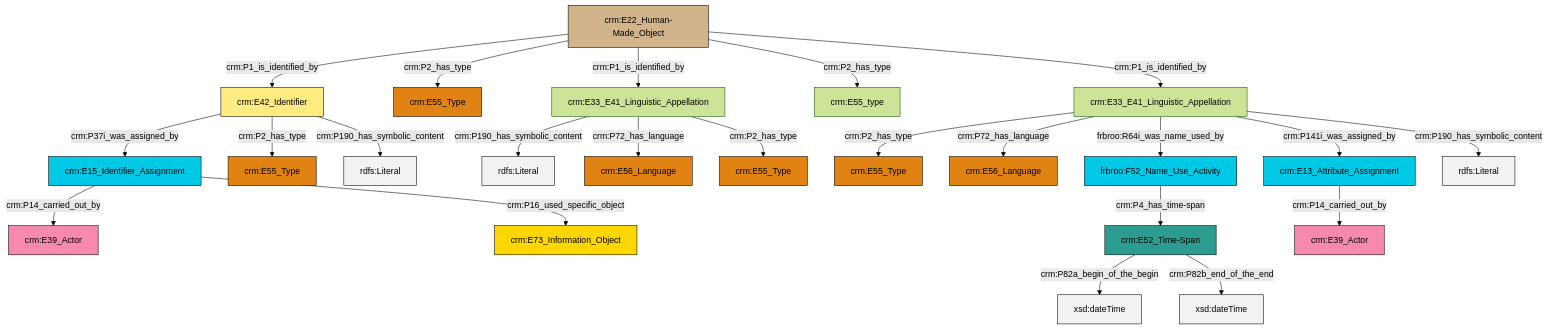
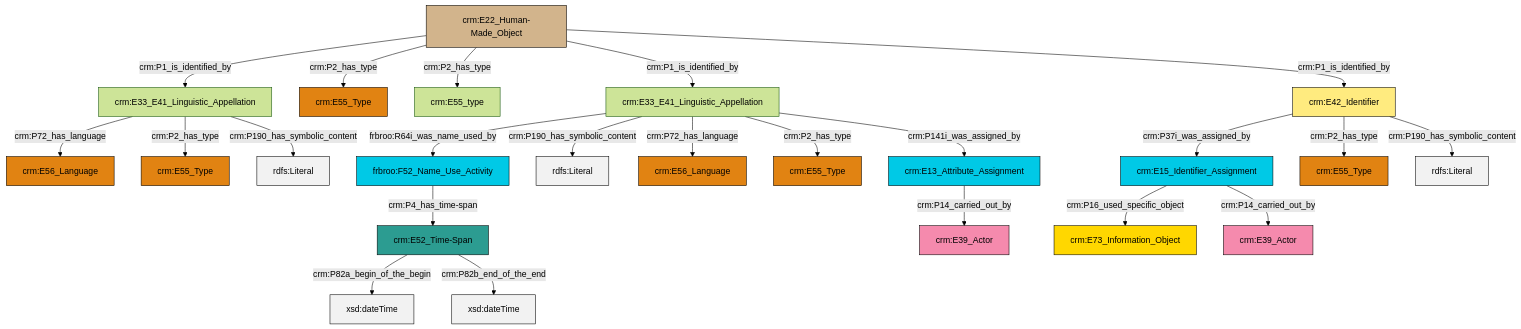
The diagram in et/artworkCSV/ttl/mmd/Artwork_Name.ttl.mmd (swiss-art-research-net/reference-data-models), drawn with Mermaid (forest theme) before and after one commit. The commit also changed 127 other files, not shown here.

```diff
--- a/et/artworkCSV/ttl/mmd/Artwork_Name.ttl.mmd
+++ b/et/artworkCSV/ttl/mmd/Artwork_Name.ttl.mmd
@@ -1,37 +1,37 @@
 graph TD
 classDef Literal fill:#f2f2f2,stroke:#000000;
 classDef CRM_Entity fill:#FFFFFF,stroke:#000000;
 classDef Temporal_Entity fill:#00C9E6, stroke:#000000;
 classDef Type fill:#E18312, stroke:#000000;
 classDef Time-Span fill:#2C9C91, stroke:#000000;
 classDef Appellation fill:#FFEB7F, stroke:#000000;
 classDef Place fill:#008836, stroke:#000000;
 classDef Persistent_Item fill:#B266B2, stroke:#000000;
 classDef Conceptual_Object fill:#FFD700, stroke:#000000;
 classDef Physical_Thing fill:#D2B48C, stroke:#000000;
 classDef Actor fill:#f58aad, stroke:#000000;
 classDef PC_Classes fill:#4ce600, stroke:#000000;
 classDef Multi fill:#cccccc,stroke:#000000;
 
 0["crm:E52_Time-Span"]:::Time-Span -->|crm:P82a_begin_of_the_begin| 1[xsd:dateTime]:::Literal
-8["frbroo:F52_Name_Use_Activity"]:::Temporal_Entity -->|crm:P4_has_time-span| 0["crm:E52_Time-Span"]:::Time-Span
-11["crm:E42_Identifier"]:::Appellation -->|crm:P37i_was_assigned_by| 12["crm:E15_Identifier_Assignment"]:::Temporal_Entity
-13["crm:E22_Human-Made_Object"]:::Physical_Thing -->|crm:P1_is_identified_by| 11["crm:E42_Identifier"]:::Appellation
-13["crm:E22_Human-Made_Object"]:::Physical_Thing -->|crm:P2_has_type| 14["crm:E55_Type"]:::Type
-15["crm:E33_E41_Linguistic_Appellation"]:::Default -->|crm:P190_has_symbolic_content| 16[rdfs:Literal]:::Literal
-17["crm:E33_E41_Linguistic_Appellation"]:::Default -->|crm:P2_has_type| 18["crm:E55_Type"]:::Type
-11["crm:E42_Identifier"]:::Appellation -->|crm:P2_has_type| 20["crm:E55_Type"]:::Type
-0["crm:E52_Time-Span"]:::Time-Span -->|crm:P82b_end_of_the_end| 26[xsd:dateTime]:::Literal
-15["crm:E33_E41_Linguistic_Appellation"]:::Default -->|crm:P72_has_language| 6["crm:E56_Language"]:::Type
-13["crm:E22_Human-Made_Object"]:::Physical_Thing -->|crm:P1_is_identified_by| 15["crm:E33_E41_Linguistic_Appellation"]:::Default
-17["crm:E33_E41_Linguistic_Appellation"]:::Default -->|crm:P72_has_language| 21["crm:E56_Language"]:::Type
-11["crm:E42_Identifier"]:::Appellation -->|crm:P190_has_symbolic_content| 28[rdfs:Literal]:::Literal
-13["crm:E22_Human-Made_Object"]:::Physical_Thing -->|crm:P2_has_type| 29["crm:E55_type"]:::Default
-17["crm:E33_E41_Linguistic_Appellation"]:::Default -->|frbroo:R64i_was_name_used_by| 8["frbroo:F52_Name_Use_Activity"]:::Temporal_Entity
-15["crm:E33_E41_Linguistic_Appellation"]:::Default -->|crm:P2_has_type| 23["crm:E55_Type"]:::Type
-17["crm:E33_E41_Linguistic_Appellation"]:::Default -->|crm:P141i_was_assigned_by| 2["crm:E13_Attribute_Assignment"]:::Temporal_Entity
-12["crm:E15_Identifier_Assignment"]:::Temporal_Entity -->|crm:P14_carried_out_by| 4["crm:E39_Actor"]:::Actor
-13["crm:E22_Human-Made_Object"]:::Physical_Thing -->|crm:P1_is_identified_by| 17["crm:E33_E41_Linguistic_Appellation"]:::Default
-2["crm:E13_Attribute_Assignment"]:::Temporal_Entity -->|crm:P14_carried_out_by| 38["crm:E39_Actor"]:::Actor
-17["crm:E33_E41_Linguistic_Appellation"]:::Default -->|crm:P190_has_symbolic_content| 39[rdfs:Literal]:::Literal
-12["crm:E15_Identifier_Assignment"]:::Temporal_Entity -->|crm:P16_used_specific_object| 9["crm:E73_Information_Object"]:::Conceptual_Object
+2["crm:E33_E41_Linguistic_Appellation"]:::Default -->|frbroo:R64i_was_name_used_by| 3["frbroo:F52_Name_Use_Activity"]:::Temporal_Entity
+4["crm:E15_Identifier_Assignment"]:::Temporal_Entity -->|crm:P16_used_specific_object| 5["crm:E73_Information_Object"]:::Conceptual_Object
+3["frbroo:F52_Name_Use_Activity"]:::Temporal_Entity -->|crm:P4_has_time-span| 0["crm:E52_Time-Span"]:::Time-Span
+9["crm:E22_Human-Made_Object"]:::Physical_Thing -->|crm:P1_is_identified_by| 10["crm:E33_E41_Linguistic_Appellation"]:::Default
+2["crm:E33_E41_Linguistic_Appellation"]:::Default -->|crm:P190_has_symbolic_content| 11[rdfs:Literal]:::Literal
+9["crm:E22_Human-Made_Object"]:::Physical_Thing -->|crm:P2_has_type| 17["crm:E55_Type"]:::Type
+10["crm:E33_E41_Linguistic_Appellation"]:::Default -->|crm:P72_has_language| 19["crm:E56_Language"]:::Type
+20["crm:E13_Attribute_Assignment"]:::Temporal_Entity -->|crm:P14_carried_out_by| 12["crm:E39_Actor"]:::Actor
+4["crm:E15_Identifier_Assignment"]:::Temporal_Entity -->|crm:P14_carried_out_by| 21["crm:E39_Actor"]:::Actor
+2["crm:E33_E41_Linguistic_Appellation"]:::Default -->|crm:P72_has_language| 24["crm:E56_Language"]:::Type
+9["crm:E22_Human-Made_Object"]:::Physical_Thing -->|crm:P2_has_type| 14["crm:E55_type"]:::Default
+10["crm:E33_E41_Linguistic_Appellation"]:::Default -->|crm:P2_has_type| 6["crm:E55_Type"]:::Type
+10["crm:E33_E41_Linguistic_Appellation"]:::Default -->|crm:P190_has_symbolic_content| 31[rdfs:Literal]:::Literal
+9["crm:E22_Human-Made_Object"]:::Physical_Thing -->|crm:P1_is_identified_by| 2["crm:E33_E41_Linguistic_Appellation"]:::Default
+2["crm:E33_E41_Linguistic_Appellation"]:::Default -->|crm:P2_has_type| 33["crm:E55_Type"]:::Type
+0["crm:E52_Time-Span"]:::Time-Span -->|crm:P82b_end_of_the_end| 35[xsd:dateTime]:::Literal
+26["crm:E42_Identifier"]:::Appellation -->|crm:P37i_was_assigned_by| 4["crm:E15_Identifier_Assignment"]:::Temporal_Entity
+9["crm:E22_Human-Made_Object"]:::Physical_Thing -->|crm:P1_is_identified_by| 26["crm:E42_Identifier"]:::Appellation
+26["crm:E42_Identifier"]:::Appellation -->|crm:P2_has_type| 39["crm:E55_Type"]:::Type
+2["crm:E33_E41_Linguistic_Appellation"]:::Default -->|crm:P141i_was_assigned_by| 20["crm:E13_Attribute_Assignment"]:::Temporal_Entity
+26["crm:E42_Identifier"]:::Appellation -->|crm:P190_has_symbolic_content| 41[rdfs:Literal]:::Literal
```
